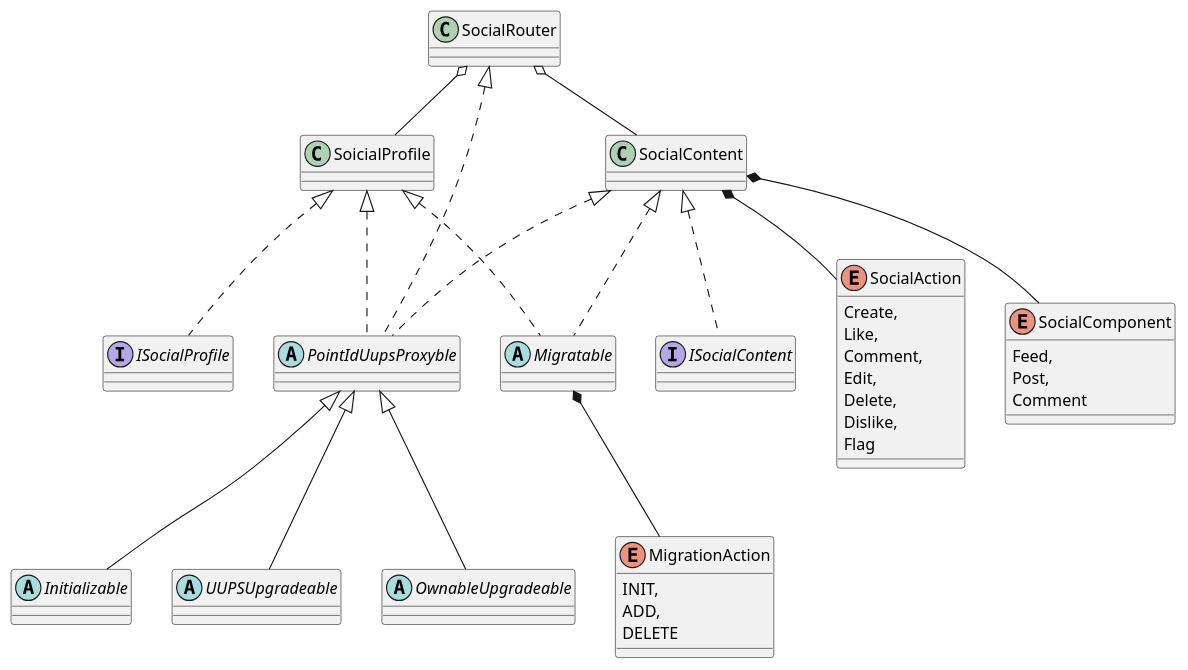
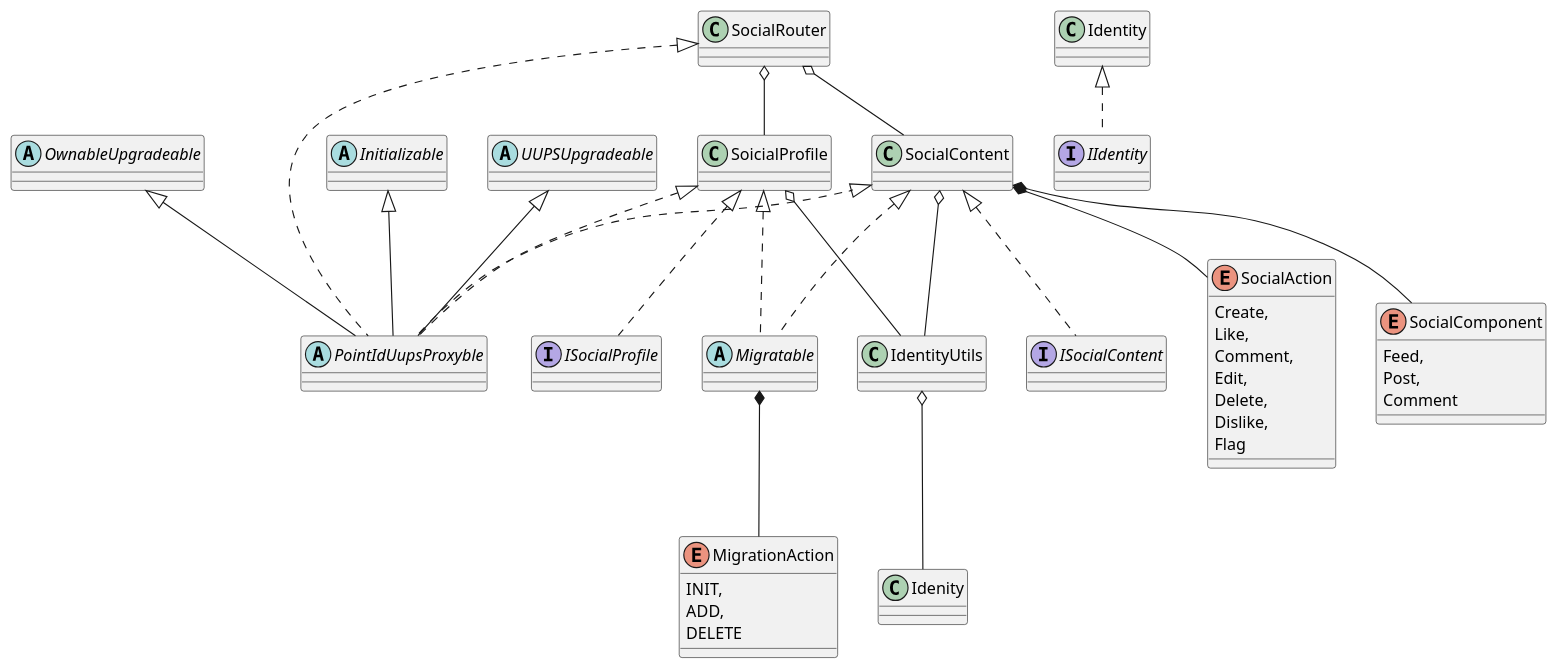
One commit to yurivin/social.point changed the diagram in documentation/decomposition.puml. Above: the diagram before and after it, drawn with PlantUML. The commit also changed 1 other file, not shown here.

Commit message:
Architecture diagram update

```diff
--- a/documentation/decomposition.puml
+++ b/documentation/decomposition.puml
@@ -1,59 +1,67 @@
 @startuml "Point.Social"
 'https://plantuml.com/class-diagram
 
 class SoicialProfile
 class SocialContent
+class IdentityUtils
+class Identity
+
 abstract PointIdUupsProxyble
 abstract Migratable
 
 abstract Initializable
 abstract UUPSUpgradeable
 abstract OwnableUpgradeable
 
 interface ISocialProfile
 interface ISocialContent
+interface IIdentity
 
 SocialRouter o-- SoicialProfile
 SocialRouter o-- SocialContent
+IdentityUtils o-- Idenity
+SoicialProfile o-- IdentityUtils
+SocialContent o-- IdentityUtils
 
 SoicialProfile <|.. ISocialProfile
 SocialContent <|.. ISocialContent
+Identity <|.. IIdentity
 
 SocialRouter <|.. PointIdUupsProxyble
 SoicialProfile <|.. PointIdUupsProxyble
 SocialContent <|.. PointIdUupsProxyble
 
 SoicialProfile <|.. Migratable
 SocialContent <|.. Migratable
 
-PointIdUupsProxyble <|-- Initializable
-PointIdUupsProxyble <|-- UUPSUpgradeable
-PointIdUupsProxyble <|-- OwnableUpgradeable
+Initializable <|-- PointIdUupsProxyble
+UUPSUpgradeable <|-- PointIdUupsProxyble
+OwnableUpgradeable <|-- PointIdUupsProxyble
 
 enum MigrationAction {
     INIT,
     ADD,
     DELETE
 }
 
 enum SocialAction {
         Create,
         Like,
         Comment,
         Edit,
         Delete,
         Dislike,
         Flag
 }
 
 enum SocialComponent {
         Feed,
         Post,
         Comment
 }
 
 Migratable *-- MigrationAction
 SocialContent *-- SocialAction
 SocialContent *-- SocialComponent
 
 @enduml
```
